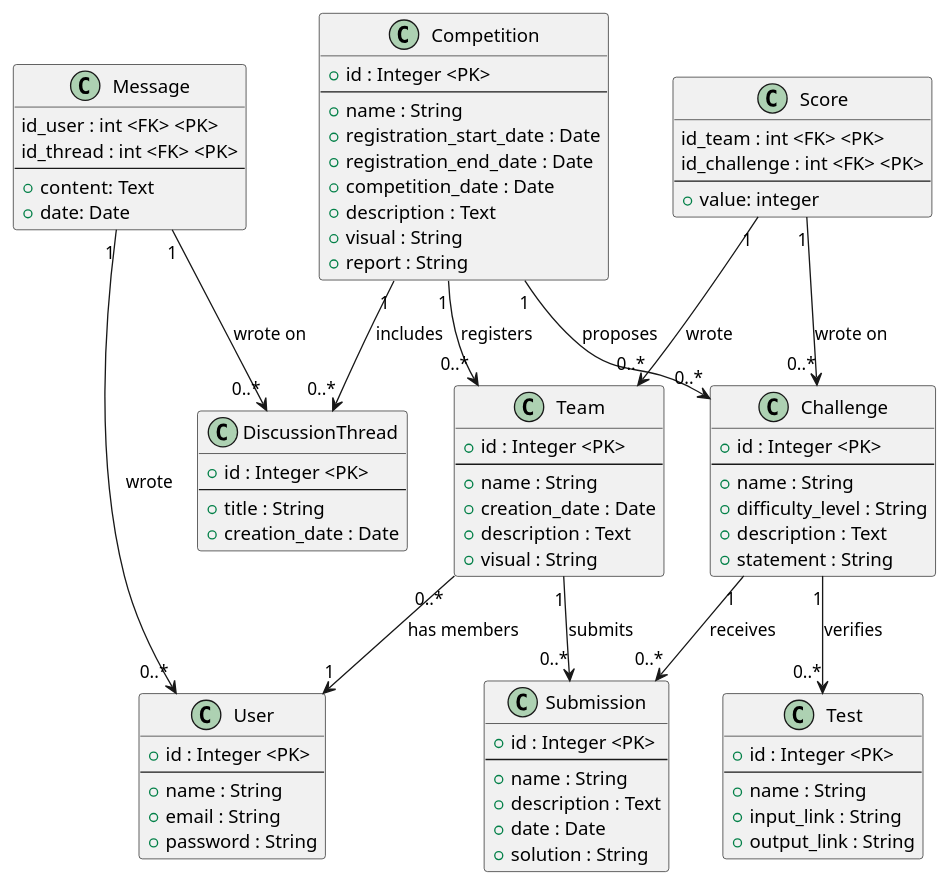
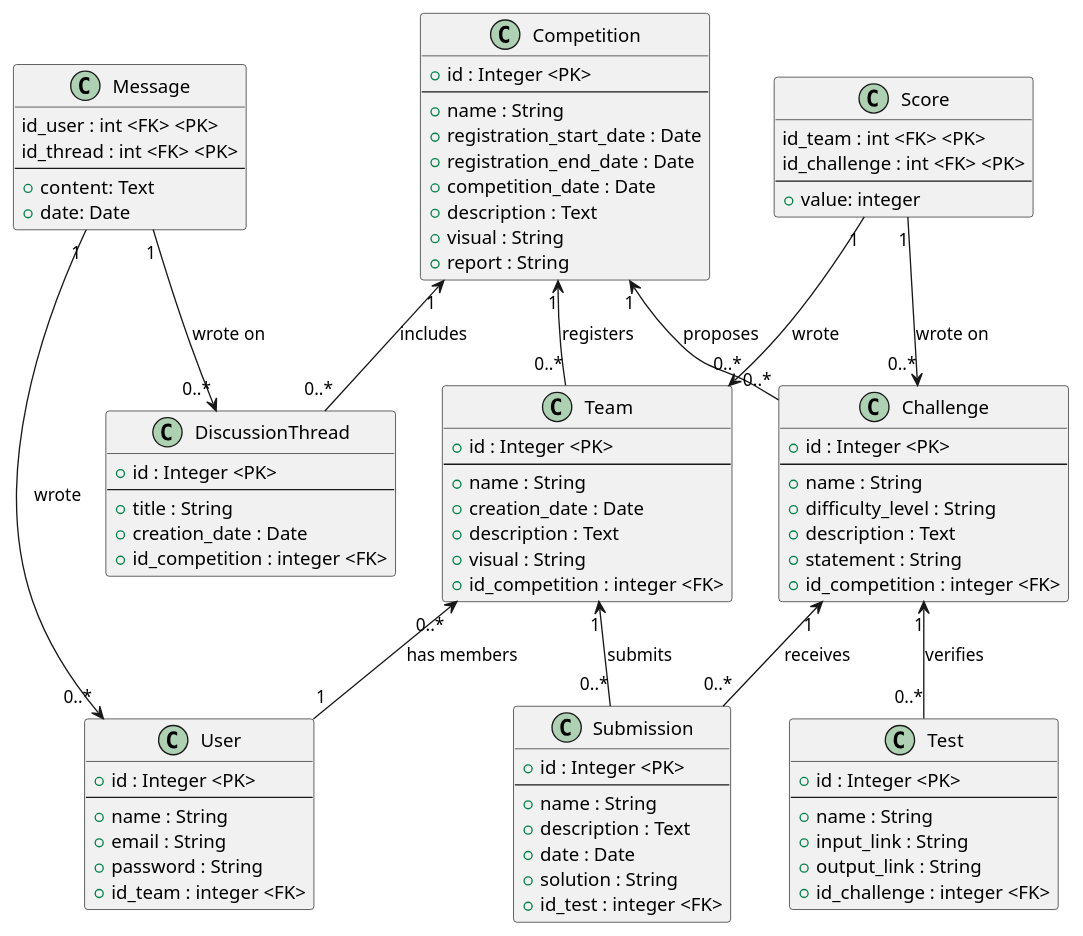
The second of 2 diagrams in README.md (Rayane0001/domJudge), drawn with PlantUML before and after one commit. The commit also changed other lines of this file, not shown here.

```diff
--- a/README.md
+++ b/README.md
@@ -108,6 +108,7 @@
 + difficulty_level : String
 + description : Text
 + statement : String
++ id_competition : integer <FK>
   }
 
 class Competition {
@@ -127,6 +128,7 @@
 --
 + title : String
 + creation_date : Date
++ id_competition : integer <FK>
   }
 
 class User {
@@ -135,6 +137,7 @@
 + name : String
 + email : String
 + password : String
++ id_team : integer <FK>
   }
 
 class Team {
@@ -144,6 +147,7 @@
 + creation_date : Date
 + description : Text
 + visual : String
++ id_competition : integer <FK>
   }
 
 class Test {
@@ -152,6 +156,7 @@
 + name : String
 + input_link : String
 + output_link : String
++ id_challenge : integer <FK>
   }
 
 class Submission {
@@ -161,6 +166,7 @@
 + description : Text
 + date : Date
 + solution : String
++ id_test : integer <FK>
   }
 
 class Score{
@@ -178,13 +184,13 @@
 + date: Date
 }
 
-Competition "1" --> "0..*" Challenge : "proposes"
-Competition "1" --> "0..*" DiscussionThread : "includes"
-Competition "1" --> "0..*" Team : "registers"
-Challenge "1" --> "0..*" Test : "verifies"
-Challenge "1" --> "0..*" Submission : "receives"
-Team "1" --> "0..*" Submission : "submits"
-Team "0..*" --> "1" User : "has members"
+Competition "1" <-- "0..*" Challenge : "proposes"
+Competition "1" <-- "0..*" DiscussionThread : "includes"
+Competition "1" <-- "0..*" Team : "registers"
+Challenge "1" <-- "0..*" Test : "verifies"
+Challenge "1" <-- "0..*" Submission : "receives"
+Team "1" <-- "0..*" Submission : "submits"
+Team "0..*" <-- "1" User : "has members"
 Score "1" --> "0..*" Challenge : "wrote on"
 Score "1" --> "0..*" Team : "wrote"
 Message "1" --> "0..*" DiscussionThread : "wrote on"
```
